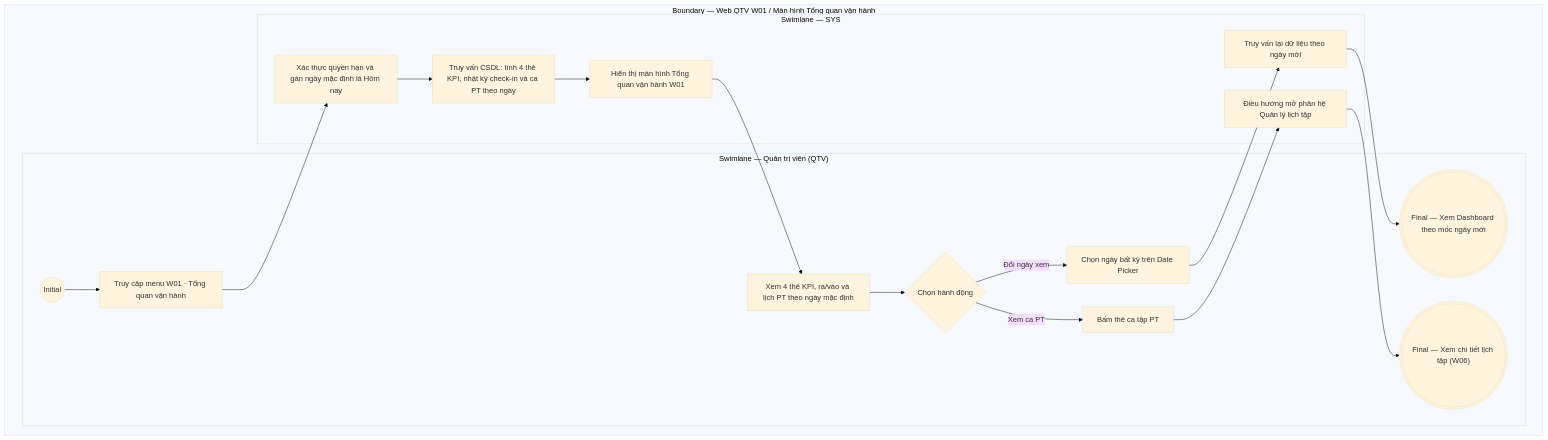
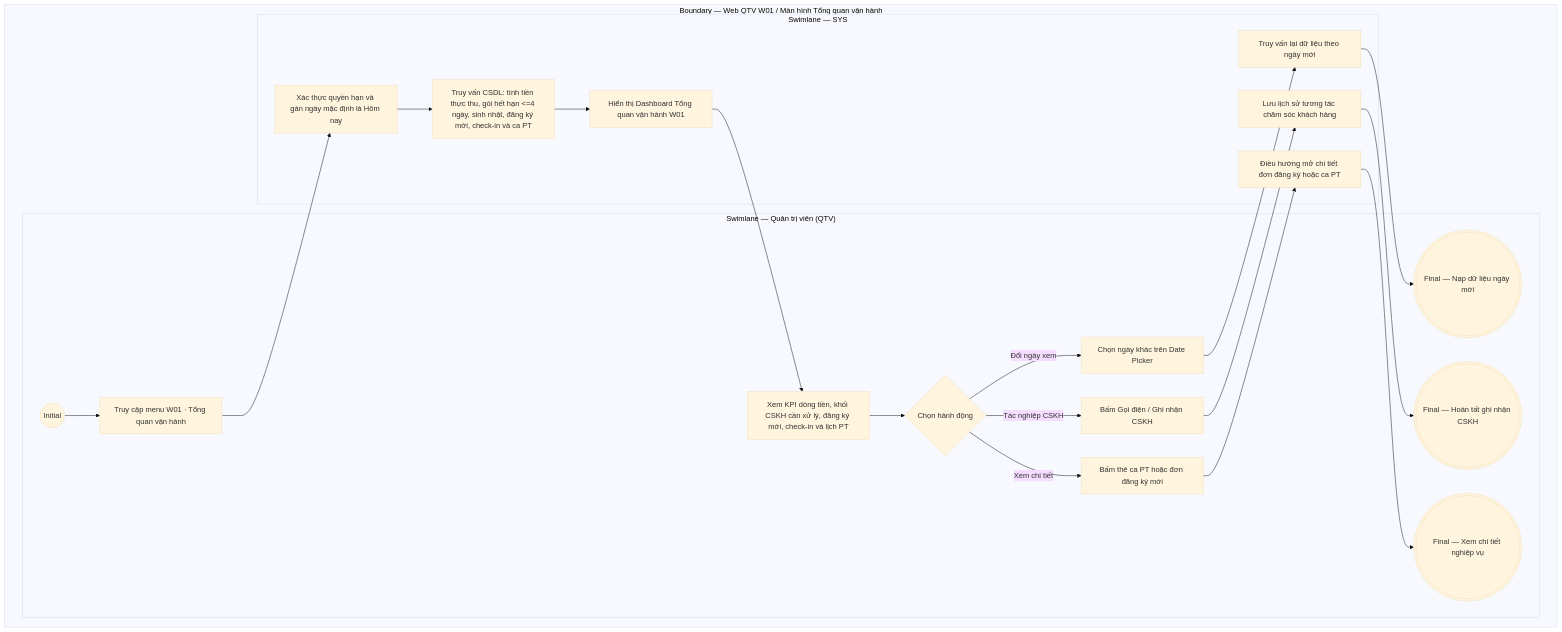
The diagram in docs/user-stories/qtv/QTV-W01-Tổng quan vận hành/QTV-W01-US01-Xem tổng quan vận hành.md (ThachY-23120411/Paradise-Gym-v2), drawn with Mermaid (base theme) before and after one commit. The commit also changed other lines of this file and 294 other files, not shown here.

````diff
--- a/docs/user-stories/qtv/QTV-W01-Tổng quan vận hành/QTV-W01-US01-Xem tổng quan vận hành.md
+++ b/docs/user-stories/qtv/QTV-W01-Tổng quan vận hành/QTV-W01-US01-Xem tổng quan vận hành.md
@@ -73,29 +74,33 @@
 ```mermaid
 flowchart TB
   subgraph B["Boundary — Web QTV W01 / Màn hình Tổng quan vận hành"]
     subgraph L0["Swimlane — Quản trị viên (QTV)"]
       I01(("Initial"))
       A01["Truy cập menu W01 · Tổng quan vận hành"]
-      A02["Xem 4 thẻ KPI, ra/vào và lịch PT theo ngày mặc định"]
+      A02["Xem KPI dòng tiền, khối CSKH cần xử lý, đăng ký mới, check-in và lịch PT"]
       A03{"Chọn hành động"}
-      A04["Chọn ngày bất kỳ trên Date Picker"]
-      A05["Bấm thẻ ca tập PT"]
-      F01((("Final — Xem Dashboard theo mốc ngày mới")))
-      F02((("Final — Xem chi tiết lịch tập (W06)")))
+      A04["Chọn ngày khác trên Date Picker"]
+      A05["Bấm Gọi điện / Ghi nhận CSKH"]
+      A06["Bấm thẻ ca PT hoặc đơn đăng ký mới"]
+      F01((("Final — Nạp dữ liệu ngày mới")))
+      F02((("Final — Hoàn tất ghi nhận CSKH")))
+      F03((("Final — Xem chi tiết nghiệp vụ")))
     end
 
     subgraph L1["Swimlane — SYS"]
       S01["Xác thực quyền hạn và gán ngày mặc định là Hôm nay"]
-      S02["Truy vấn CSDL: tính 4 thẻ KPI, nhật ký check-in và ca PT theo ngày"]
-      S03["Hiển thị màn hình Tổng quan vận hành W01"]
+      S02["Truy vấn CSDL: tính tiền thực thu, gói hết hạn <=4 ngày, sinh nhật, đăng ký mới, check-in và ca PT"]
+      S03["Hiển thị Dashboard Tổng quan vận hành W01"]
       S04["Truy vấn lại dữ liệu theo ngày mới"]
-      S05["Điều hướng mở phân hệ Quản lý lịch tập"]
+      S05["Lưu lịch sử tương tác chăm sóc khách hàng"]
+      S06["Điều hướng mở chi tiết đơn đăng ký hoặc ca PT"]
 
       I01 --> A01
       A01 --> S01 --> S02 --> S03 --> A02
       A02 --> A03
       A03 -->|Đổi ngày xem| A04 --> S04 --> F01
-      A03 -->|Xem ca PT| A05 --> S05 --> F02
+      A03 -->|Tác nghiệp CSKH| A05 --> S05 --> F02
+      A03 -->|Xem chi tiết| A06 --> S06 --> F03
     end
   end
 ```
````
